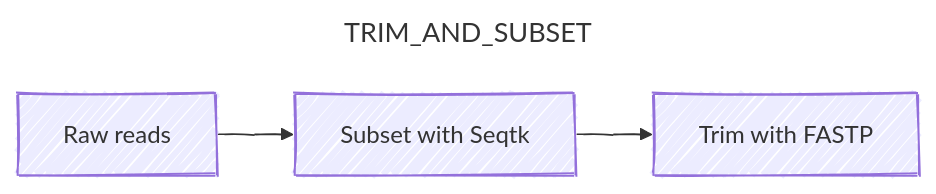
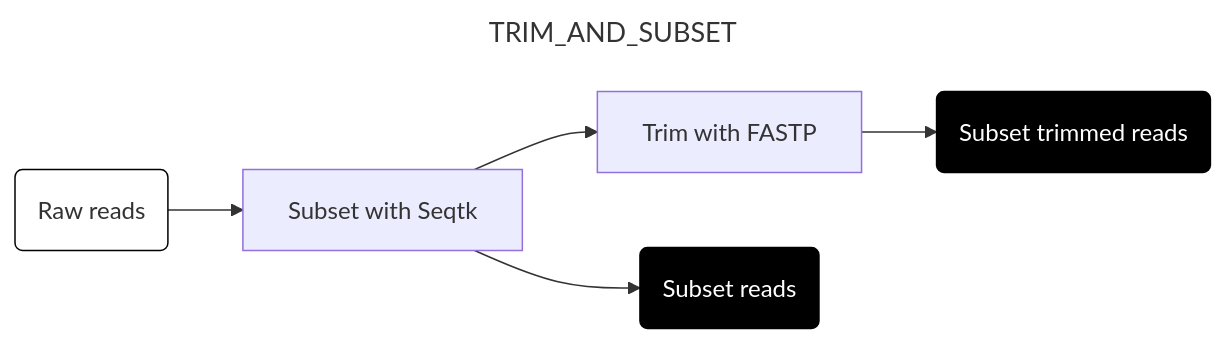
One commit to naobservatory/mgs-workflow changed the second of 8 diagrams in docs/run.md. Above: the diagram before and after it, drawn with Mermaid. The commit also changed other lines of this file, not shown here.

````diff
--- a/docs/run.md
+++ b/docs/run.md
@@ -65,12 +65,15 @@
 ```mermaid
 ---
 title: TRIM_AND_SUBSET
 config:
   layout: horizontal
-  look: handDrawn
-  theme: default
 ---
 flowchart LR
-A[Raw reads] --> B[Subset with Seqtk]
+A(Raw reads)  --> B[Subset with Seqtk]
 B --> C[Trim with FASTP]
+B --> D(Subset reads)
+C --> E(Subset trimmed reads)
+style A fill:#fff,stroke:#000
+style D fill:#000,color:#fff,stroke:#000
+style E fill:#000,color:#fff,stroke:#000
 ```
````
